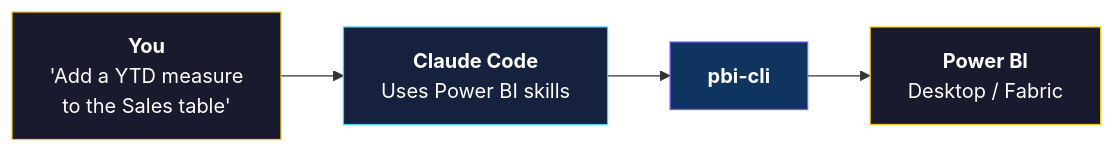
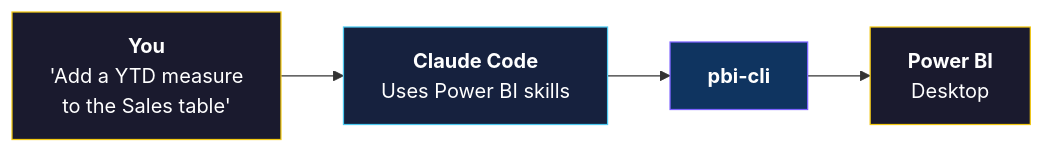
Before and after one commit to adamreichenbach/pbi-cli: the first of 3 diagrams in README.md, drawn with Mermaid. The commit also changed other lines of this file and 68 other files, not shown here.

````diff
--- a/README.md
+++ b/README.md
@@ -18,11 +18,11 @@
 ```mermaid
 graph LR
     A["<b>You</b><br/>'Add a YTD measure<br/>to the Sales table'"] --> B["<b>Claude Code</b><br/>Uses Power BI skills"]
     B --> C["<b>pbi-cli</b>"]
-    C --> D["<b>Power BI</b><br/>Desktop / Fabric"]
+    C --> D["<b>Power BI</b><br/>Desktop"]
 
     style A fill:#1a1a2e,stroke:#f2c811,color:#fff
     style B fill:#16213e,stroke:#4cc9f0,color:#fff
     style C fill:#0f3460,stroke:#7b61ff,color:#fff
     style D fill:#1a1a2e,stroke:#f2c811,color:#fff
 ```
````
